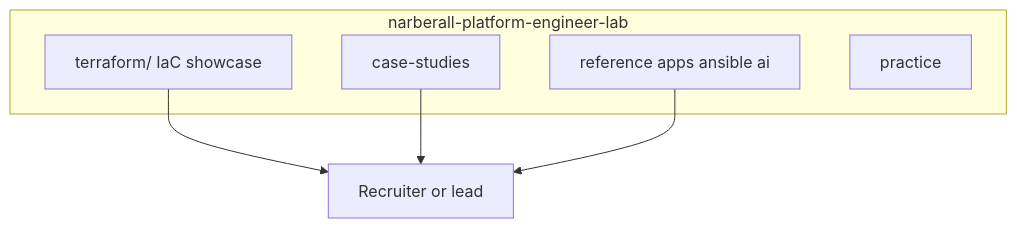
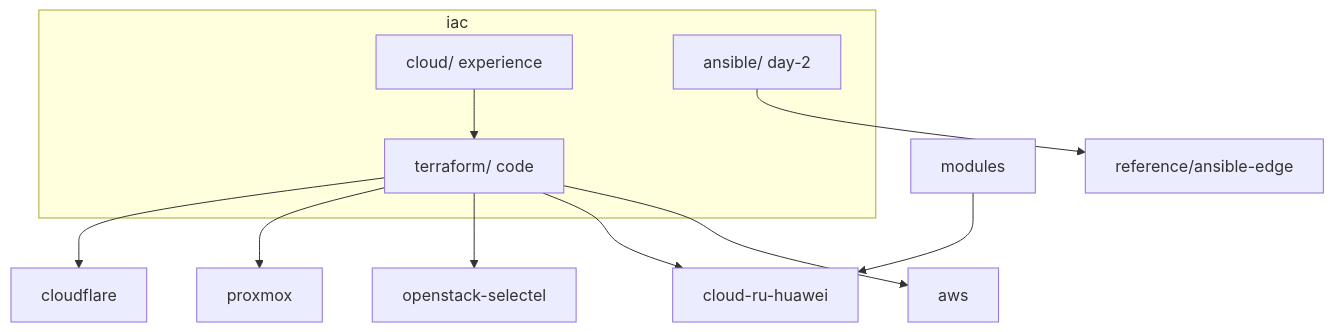
Before and after one commit to NarberallGamma/narberall-platform-engineer-lab: the second of 4 diagrams in README.md, drawn with Mermaid. The commit also changed other lines of this file and 401 other files, not shown here.

First line of the commit message:
Publish iac layout, sanitized Ansible, and production experience.

````diff
--- a/README.md
+++ b/README.md
@@ -77,12 +221,16 @@
 ```mermaid
 flowchart TB
-  subgraph lab [narberall-platform-engineer-lab]
-    TF["terraform/ IaC showcase"]
-    CS[case-studies]
-    REF[reference apps ansible ai]
-    PR[practice]
+  subgraph iac [iac]
+    Cloud[cloud/ experience]
+    TF[terraform/ code]
+    ANS[ansible/ day-2]
   end
-  TF --> Hunter[Recruiter or lead]
-  CS --> Hunter
-  REF --> Hunter
+  Cloud --> TF
+  ANS --> RefA[reference/ansible-edge]
+  TF --> AWS[aws]
+  TF --> CR[cloud-ru-huawei]
+  TF --> OS[openstack-selectel]
+  TF --> PX[proxmox]
+  TF --> CF[cloudflare]
+  Mods[modules] --> CR
 ```
````
